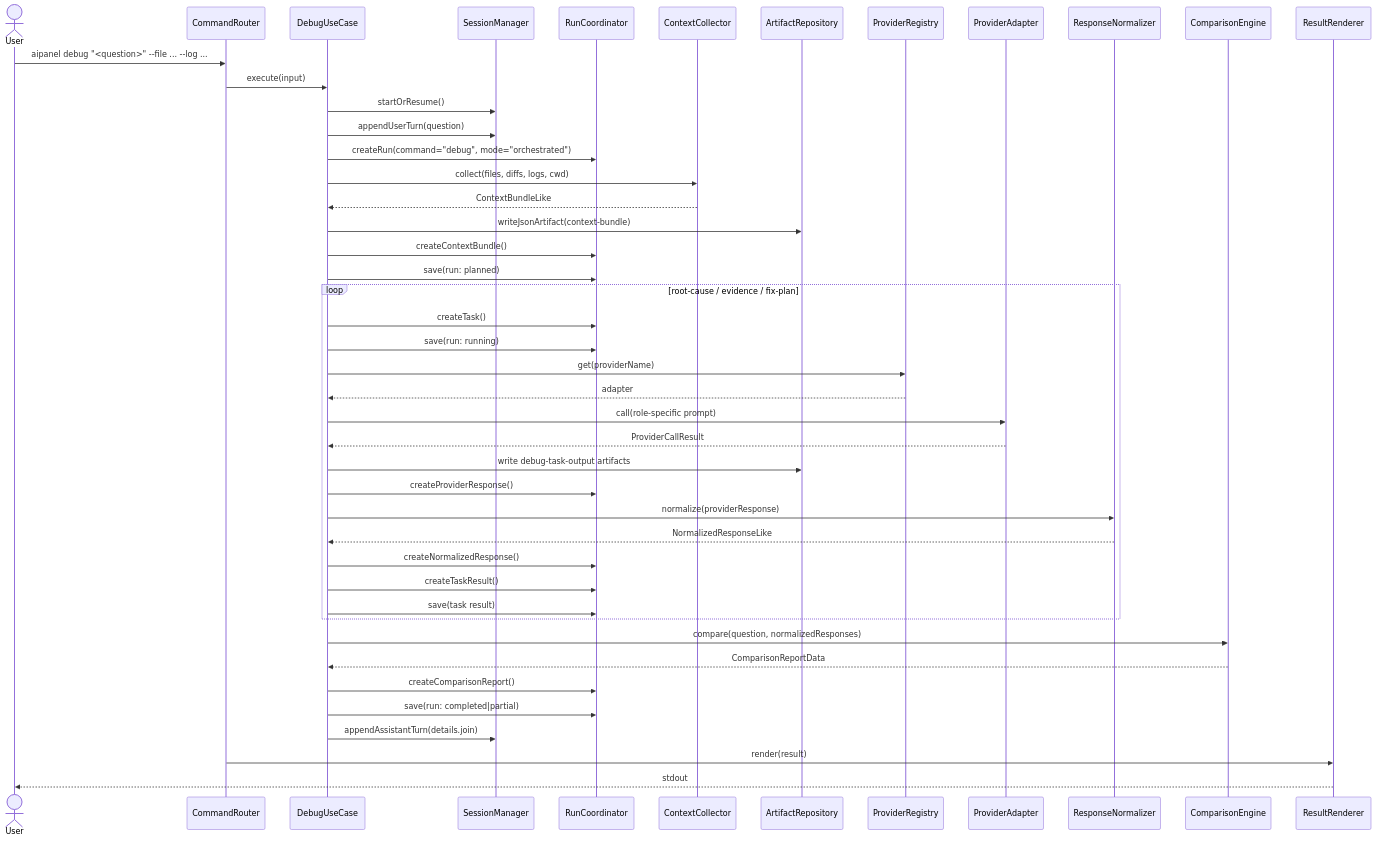
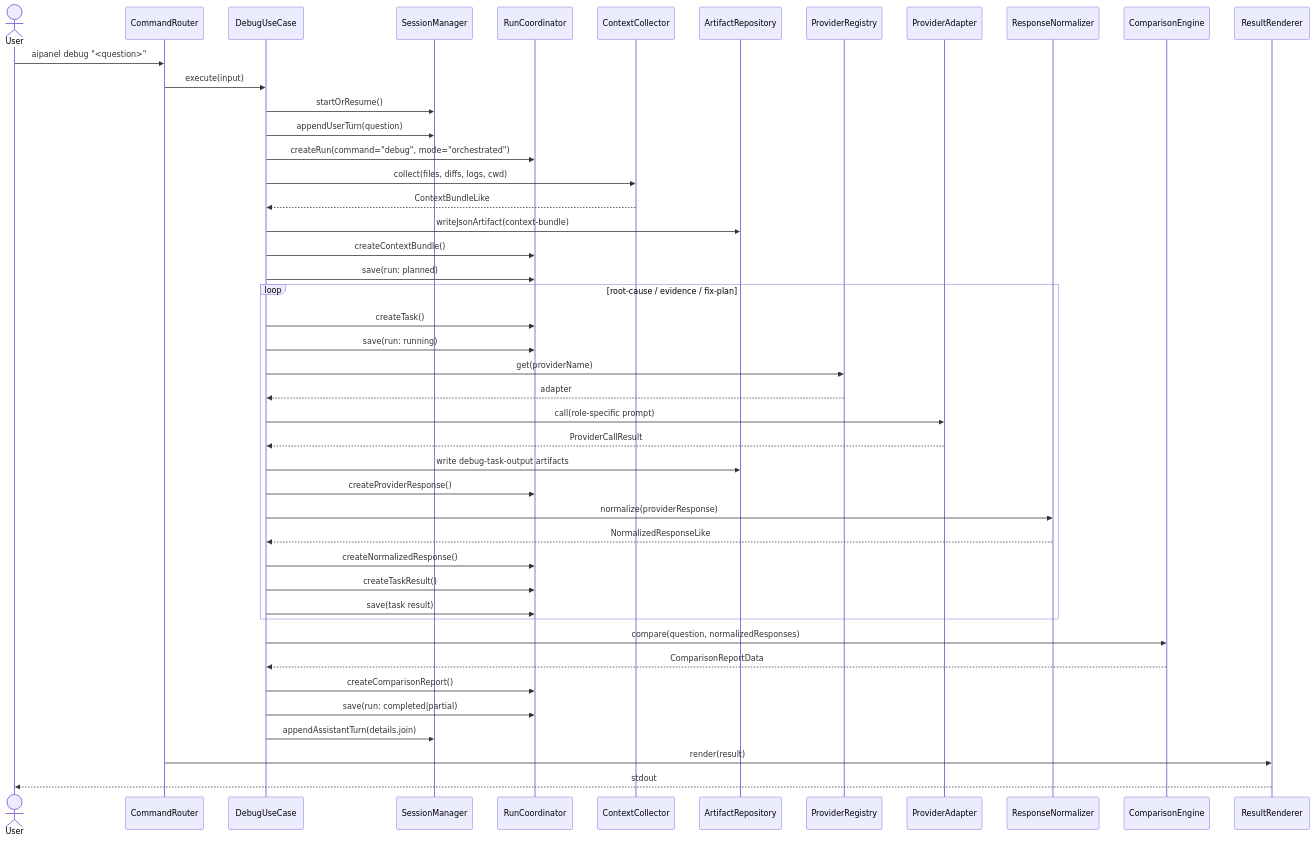
One commit to sean-sunagaku/aipanel changed the second of 2 diagrams in docs/rearchitecture/content_rearchitecture_2026-03-10/12_current-implementation-diagrams/current-conversation-and-data-flow.md. Above: the diagram before and after it, drawn with Mermaid. The commit also changed 41 other files, not shown here.

````diff
--- a/docs/rearchitecture/content_rearchitecture_2026-03-10/12_current-implementation-diagrams/current-conversation-and-data-flow.md
+++ b/docs/rearchitecture/content_rearchitecture_2026-03-10/12_current-implementation-diagrams/current-conversation-and-data-flow.md
@@ -163,48 +163,48 @@
 ```mermaid
 sequenceDiagram
     actor U as User
     participant ROUTER as CommandRouter
     participant DEBUG as DebugUseCase
     participant SESSION as SessionManager
     participant RUN as RunCoordinator
     participant CTX as ContextCollector
     participant AREPO as ArtifactRepository
     participant REG as ProviderRegistry
     participant ADAPTER as ProviderAdapter
     participant NORM as ResponseNormalizer
     participant COMP as ComparisonEngine
     participant RENDER as ResultRenderer
 
-    U->>ROUTER: aipanel debug "<question>" --file ... --log ...
+    U->>ROUTER: aipanel debug "<question>"
     ROUTER->>DEBUG: execute(input)
     DEBUG->>SESSION: startOrResume()
     DEBUG->>SESSION: appendUserTurn(question)
     DEBUG->>RUN: createRun(command="debug", mode="orchestrated")
     DEBUG->>CTX: collect(files, diffs, logs, cwd)
     CTX-->>DEBUG: ContextBundleLike
     DEBUG->>AREPO: writeJsonArtifact(context-bundle)
     DEBUG->>RUN: createContextBundle()
     DEBUG->>RUN: save(run: planned)
     loop root-cause / evidence / fix-plan
         DEBUG->>RUN: createTask()
         DEBUG->>RUN: save(run: running)
         DEBUG->>REG: get(providerName)
         REG-->>DEBUG: adapter
         DEBUG->>ADAPTER: call(role-specific prompt)
         ADAPTER-->>DEBUG: ProviderCallResult
         DEBUG->>AREPO: write debug-task-output artifacts
         DEBUG->>RUN: createProviderResponse()
         DEBUG->>NORM: normalize(providerResponse)
         NORM-->>DEBUG: NormalizedResponseLike
         DEBUG->>RUN: createNormalizedResponse()
         DEBUG->>RUN: createTaskResult()
         DEBUG->>RUN: save(task result)
     end
     DEBUG->>COMP: compare(question, normalizedResponses)
     COMP-->>DEBUG: ComparisonReportData
     DEBUG->>RUN: createComparisonReport()
     DEBUG->>RUN: save(run: completed|partial)
     DEBUG->>SESSION: appendAssistantTurn(details.join)
     ROUTER->>RENDER: render(result)
     RENDER-->>U: stdout
 ```
````
